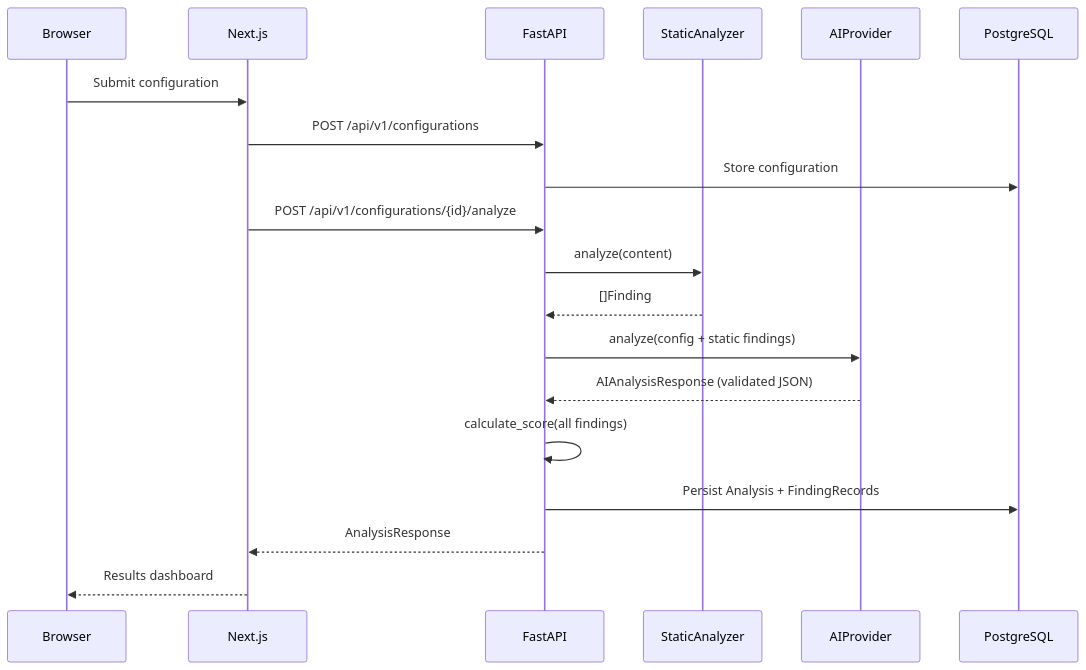
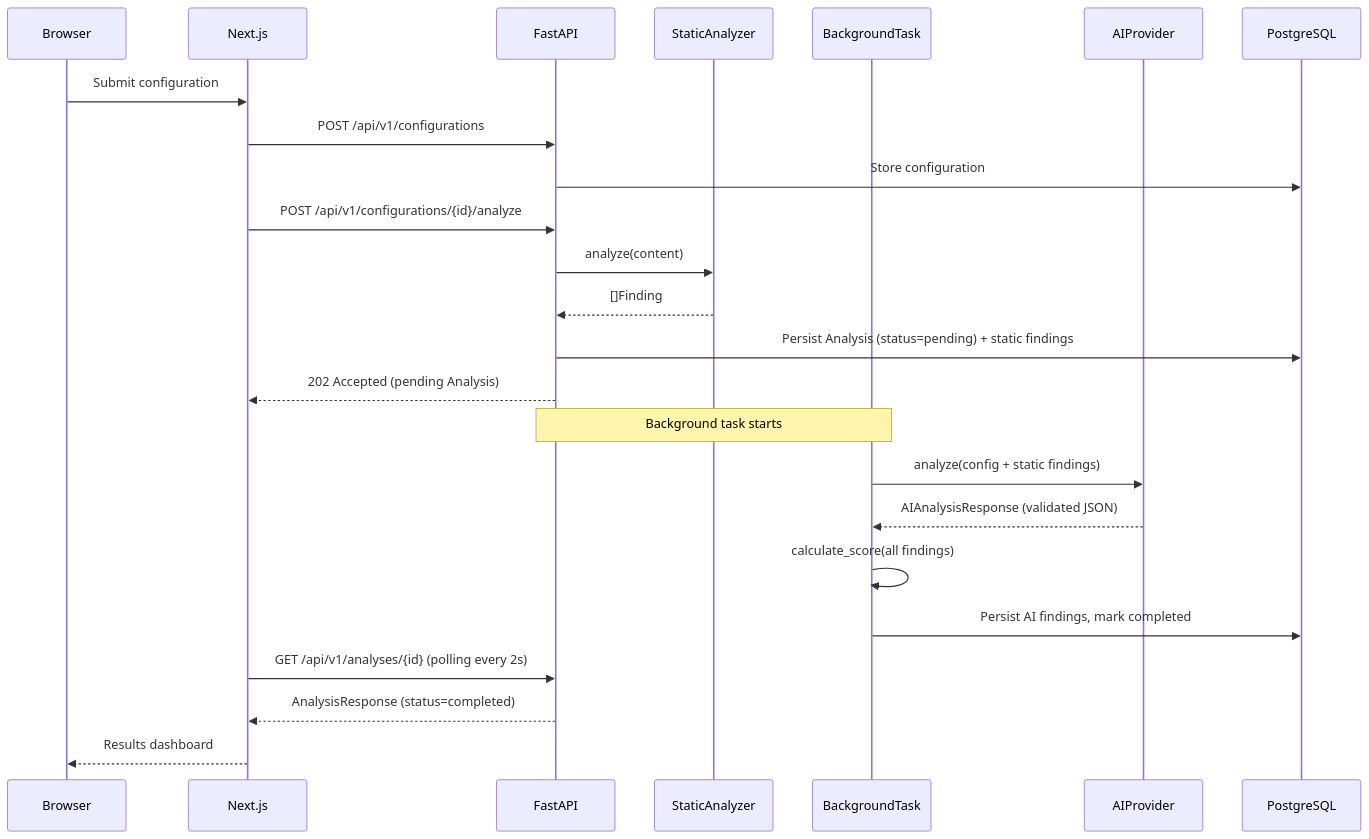
One commit to Dhvani16/ai-devops-configuration-reviewer changed the first of 5 diagrams in docs/ARCHITECTURE.md. Above: the diagram before and after it, drawn with Mermaid. The commit also changed other lines of this file and 4 other files, not shown here.

````diff
--- a/docs/ARCHITECTURE.md
+++ b/docs/ARCHITECTURE.md
@@ -9,25 +13,30 @@
 ```mermaid
 sequenceDiagram
     participant Browser
     participant Next.js
     participant FastAPI
     participant StaticAnalyzer
+    participant BackgroundTask
     participant AIProvider
     participant PostgreSQL
 
     Browser->>Next.js: Submit configuration
     Next.js->>FastAPI: POST /api/v1/configurations
     FastAPI->>PostgreSQL: Store configuration
 
     Next.js->>FastAPI: POST /api/v1/configurations/{id}/analyze
     FastAPI->>StaticAnalyzer: analyze(content)
     StaticAnalyzer-->>FastAPI: []Finding
+    FastAPI->>PostgreSQL: Persist Analysis (status=pending) + static findings
+    FastAPI-->>Next.js: 202 Accepted (pending Analysis)
 
-    FastAPI->>AIProvider: analyze(config + static findings)
-    AIProvider-->>FastAPI: AIAnalysisResponse (validated JSON)
+    Note over FastAPI,BackgroundTask: Background task starts
+    BackgroundTask->>AIProvider: analyze(config + static findings)
+    AIProvider-->>BackgroundTask: AIAnalysisResponse (validated JSON)
+    BackgroundTask->>BackgroundTask: calculate_score(all findings)
+    BackgroundTask->>PostgreSQL: Persist AI findings, mark completed
 
-    FastAPI->>FastAPI: calculate_score(all findings)
-    FastAPI->>PostgreSQL: Persist Analysis + FindingRecords
-    FastAPI-->>Next.js: AnalysisResponse
+    Next.js->>FastAPI: GET /api/v1/analyses/{id} (polling every 2s)
+    FastAPI-->>Next.js: AnalysisResponse (status=completed)
     Next.js-->>Browser: Results dashboard
 ```
````
